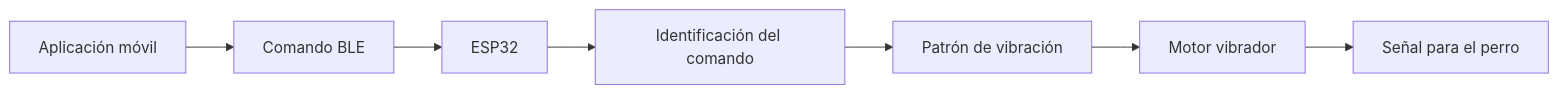
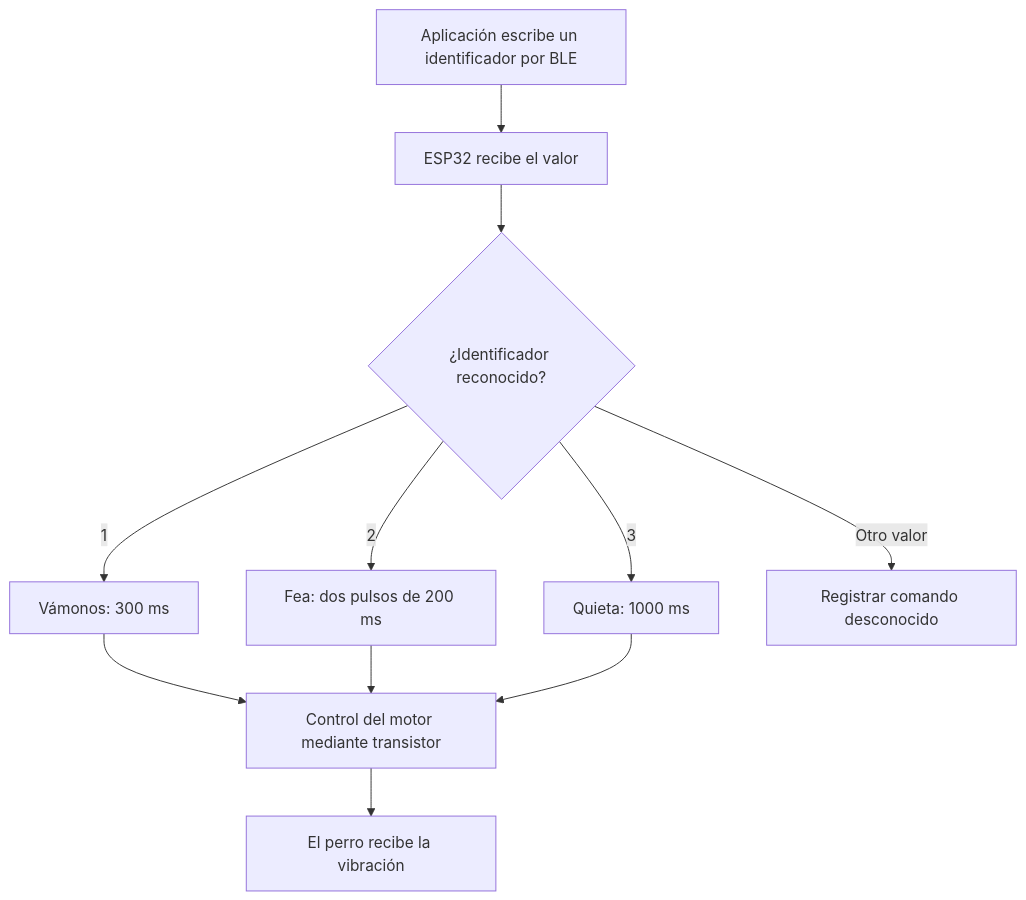
Before and after one commit to LOLA-1980/SmartLeash-ESP32: the diagram in README.md, drawn with Mermaid. The commit also changed other lines of this file, not shown here.

````diff
--- a/README.md
+++ b/README.md
@@ -47,9 +98,16 @@
 ```mermaid
-flowchart LR
-    A["Aplicación móvil"] --> B["Comando BLE"]
-    B --> C["ESP32"]
-    C --> D["Identificación del comando"]
-    D --> E["Patrón de vibración"]
-    E --> F["Motor vibrador"]
-    F --> G["Señal para el perro"]
+flowchart TD
+    A["Aplicación escribe un identificador por BLE"] --> B["ESP32 recibe el valor"]
+    B --> C{"¿Identificador reconocido?"}
+
+    C -- "1" --> D["Vámonos: 300 ms"]
+    C -- "2" --> E["Fea: dos pulsos de 200 ms"]
+    C -- "3" --> F["Quieta: 1000 ms"]
+    C -- "Otro valor" --> G["Registrar comando desconocido"]
+
+    D --> H["Control del motor mediante transistor"]
+    E --> H
+    F --> H
+
+    H --> I["El perro recibe la vibración"]
 ```
````
